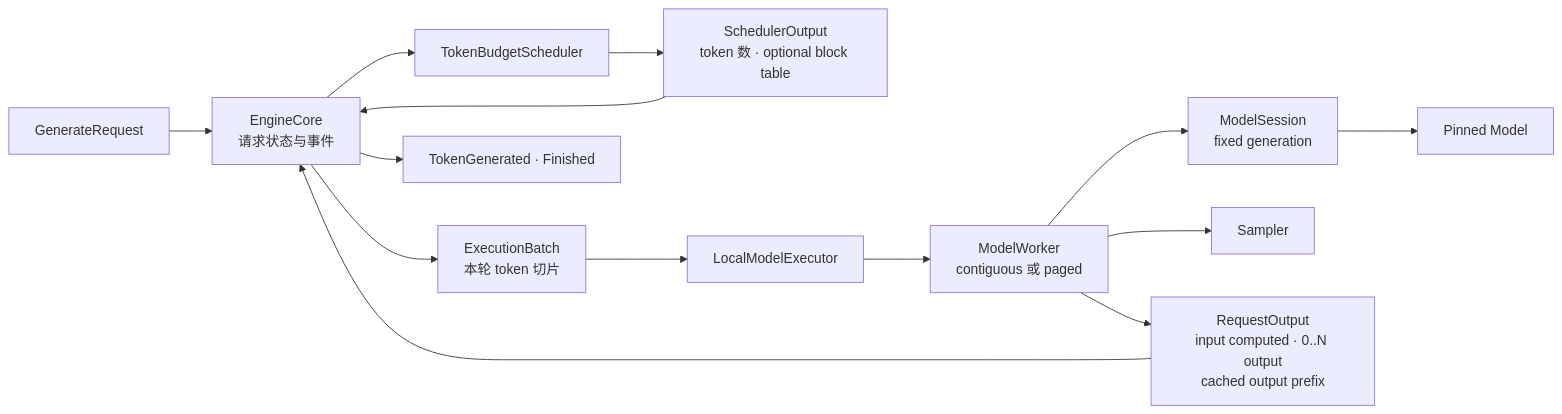
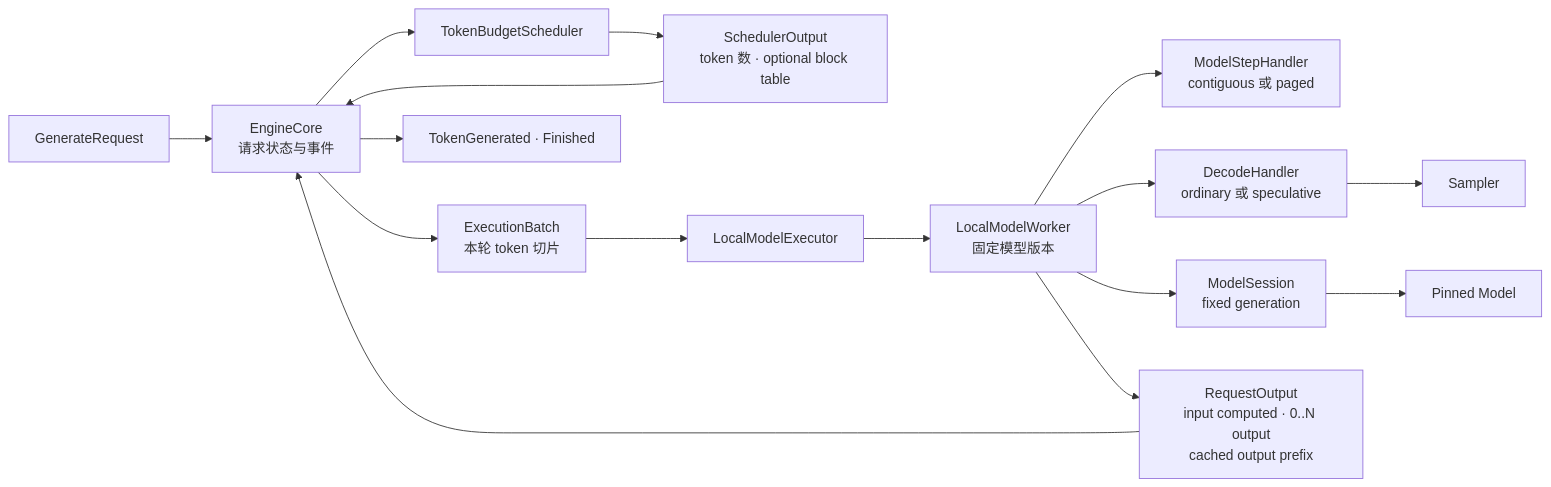
Before and after one commit to poorpaper/light-vllm: the first of 3 diagrams in docs/architecture.md, drawn with Mermaid. The commit also changed other lines of this file and 8 other files, not shown here.

Commit message:
docs: explain worker and paged attention boundaries

````diff
--- a/docs/architecture.md
+++ b/docs/architecture.md
@@ -25,16 +25,18 @@
 ```mermaid
 flowchart LR
     Request["GenerateRequest"] --> Core["EngineCore<br/>请求状态与事件"]
     Core --> Scheduler["TokenBudgetScheduler"]
     Scheduler --> Plan["SchedulerOutput<br/>token 数 · optional block table"]
     Plan --> Core
     Core --> Batch["ExecutionBatch<br/>本轮 token 切片"]
     Batch --> Executor["LocalModelExecutor"]
-    Executor --> Worker["ModelWorker<br/>contiguous 或 paged"]
+    Executor --> Worker["LocalModelWorker<br/>固定模型版本"]
+    Worker --> Step["ModelStepHandler<br/>contiguous 或 paged"]
+    Worker --> Decode["DecodeHandler<br/>ordinary 或 speculative"]
     Worker --> Session["ModelSession<br/>fixed generation"]
     Session --> Model["Pinned Model"]
-    Worker --> Sampler["Sampler"]
+    Decode --> Sampler["Sampler"]
     Worker --> Output["RequestOutput<br/>input computed · 0..N output<br/>cached output prefix"]
     Output --> Core
     Core --> Events["TokenGenerated · Finished"]
 ```
````
